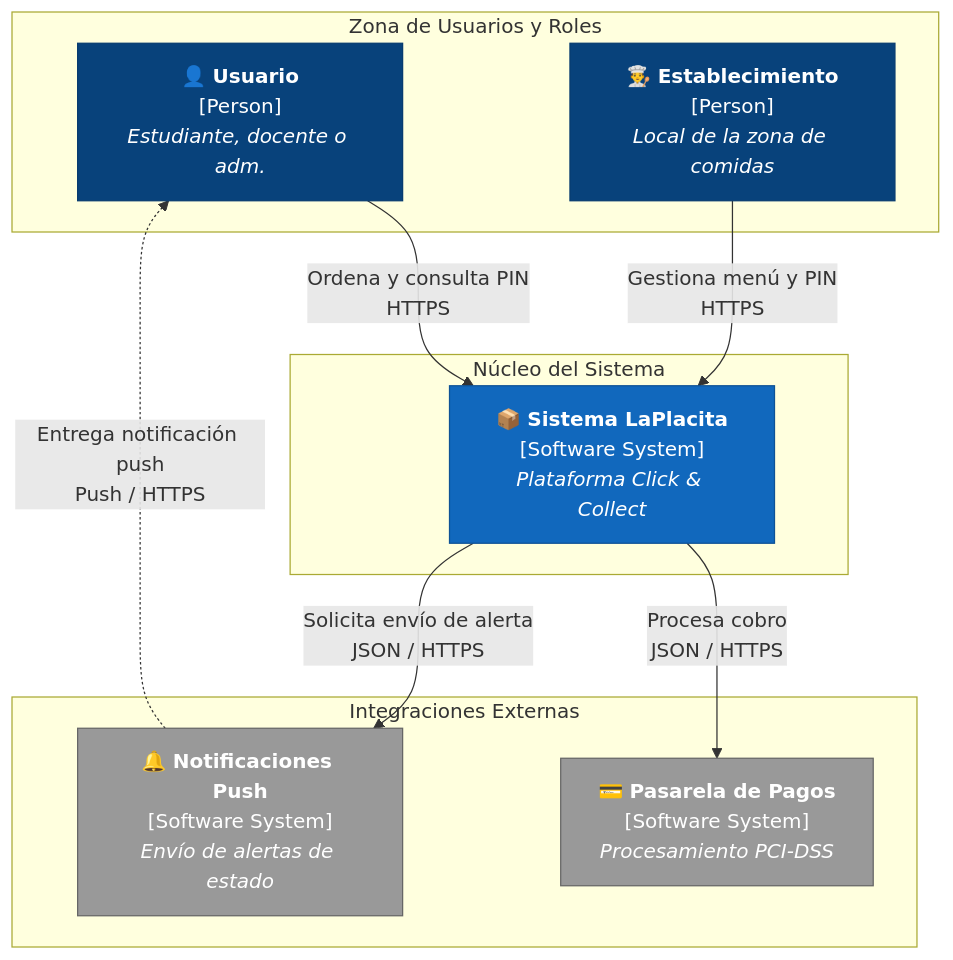
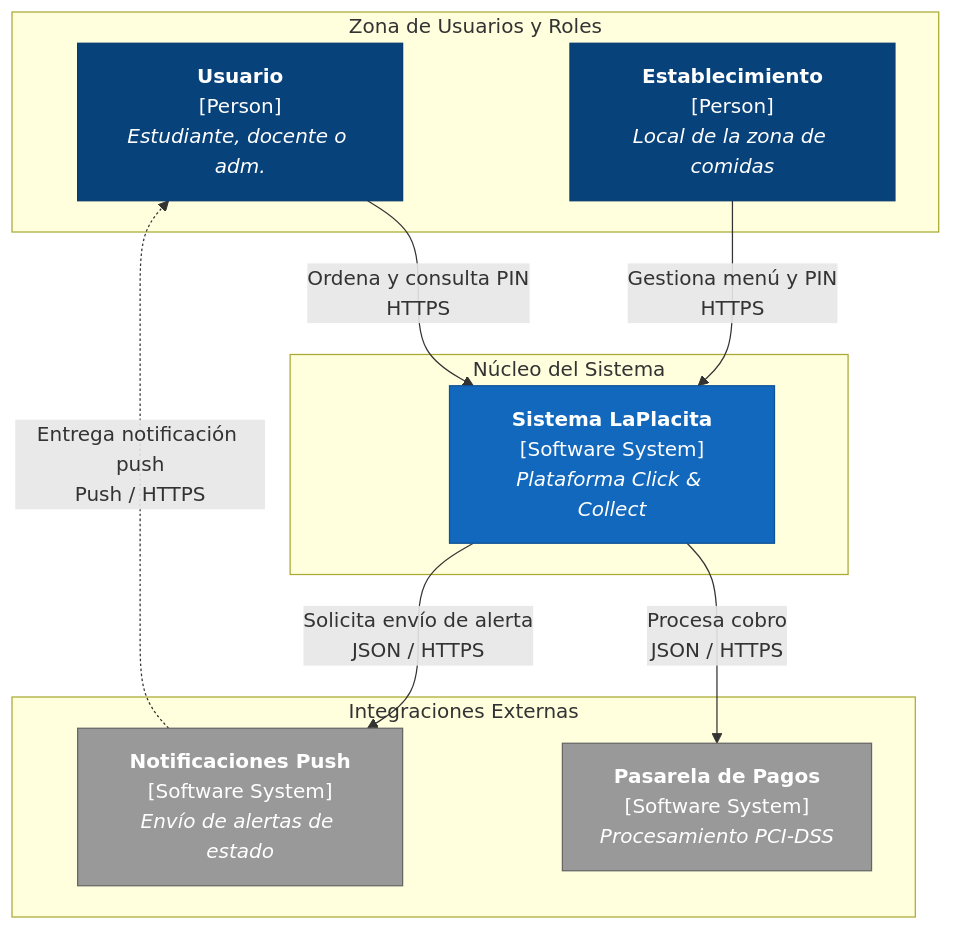
Before and after one commit to ISCOUTB/AS_202620_LaPlacita: the diagram in docs/c4/contexto.md, drawn with Mermaid. The commit also changed other lines of this file and 24 other files, not shown here.

````diff
--- a/docs/c4/contexto.md
+++ b/docs/c4/contexto.md
@@ -5,28 +5,28 @@
 ```mermaid
 flowchart TD
     classDef person fill:#08427b,stroke:#073b6f,color:#fff;
     classDef system fill:#1168bd,stroke:#0e5296,color:#fff;
     classDef extSystem fill:#999999,stroke:#666666,color:#fff;
 
     subgraph b0 ["Zona de Usuarios y Roles"]
-        usuario["👤 <b>Usuario</b><br/>[Person]<br/><i>Estudiante, docente o adm.</i>"]:::person
-        establecimiento["👨‍🍳 <b>Establecimiento</b><br/>[Person]<br/><i>Local de la zona de comidas</i>"]:::person
+        usuario["<b>Usuario</b><br/>[Person]<br/><i>Estudiante, docente o adm.</i>"]:::person
+        establecimiento["<b>Establecimiento</b><br/>[Person]<br/><i>Local de la zona de comidas</i>"]:::person
     end
 
     subgraph b1 ["Núcleo del Sistema"]
-        laPlacita["📦 <b>Sistema LaPlacita</b><br/>[Software System]<br/><i>Plataforma Click & Collect</i>"]:::system
+        laPlacita["<b>Sistema LaPlacita</b><br/>[Software System]<br/><i>Plataforma Click & Collect</i>"]:::system
     end
 
     subgraph b2 ["Integraciones Externas"]
-        pago["💳 <b>Pasarela de Pagos</b><br/>[Software System]<br/><i>Procesamiento PCI-DSS</i>"]:::extSystem
-        push["🔔 <b>Notificaciones Push</b><br/>[Software System]<br/><i>Envío de alertas de estado</i>"]:::extSystem
+        pago["<b>Pasarela de Pagos</b><br/>[Software System]<br/><i>Procesamiento PCI-DSS</i>"]:::extSystem
+        push["<b>Notificaciones Push</b><br/>[Software System]<br/><i>Envío de alertas de estado</i>"]:::extSystem
     end
 
     usuario -->|Ordena y consulta PIN<br/>HTTPS| laPlacita
     establecimiento -->|Gestiona menú y PIN<br/>HTTPS| laPlacita
 
     laPlacita -->|Procesa cobro<br/>JSON / HTTPS| pago
     laPlacita -->|Solicita envío de alerta<br/>JSON / HTTPS| push
 
     push -.->|Entrega notificación push<br/>Push / HTTPS| usuario
 ```
````
